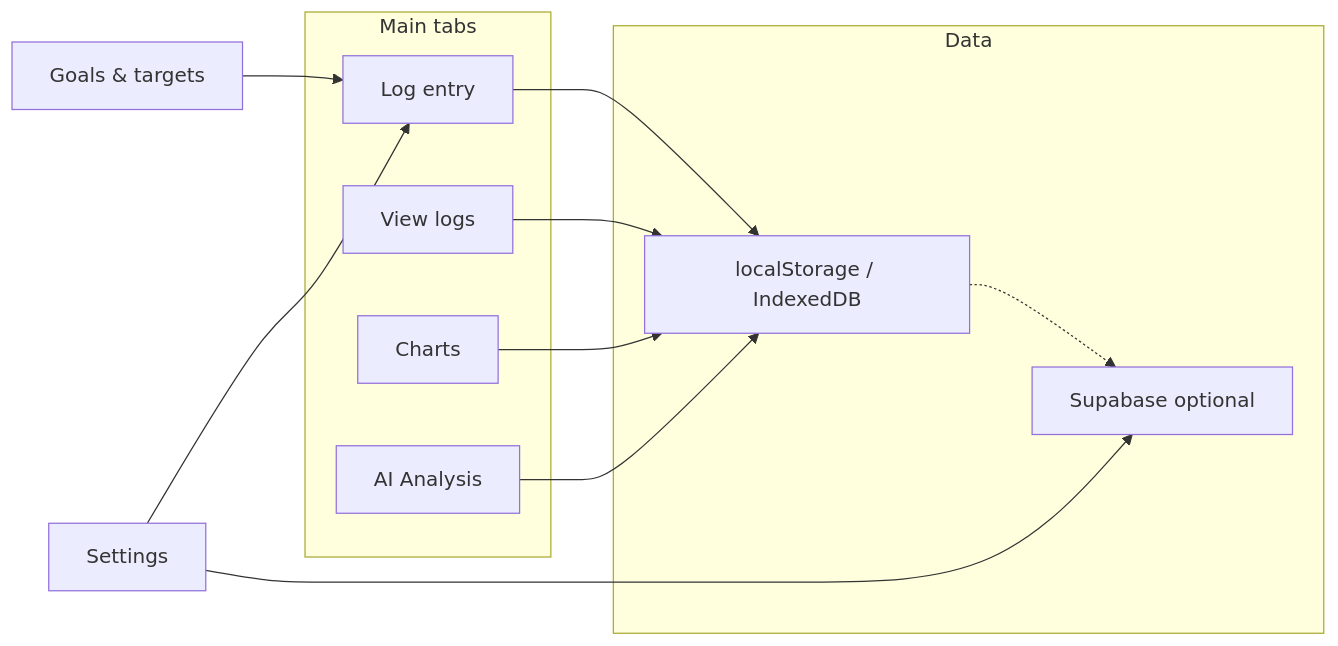
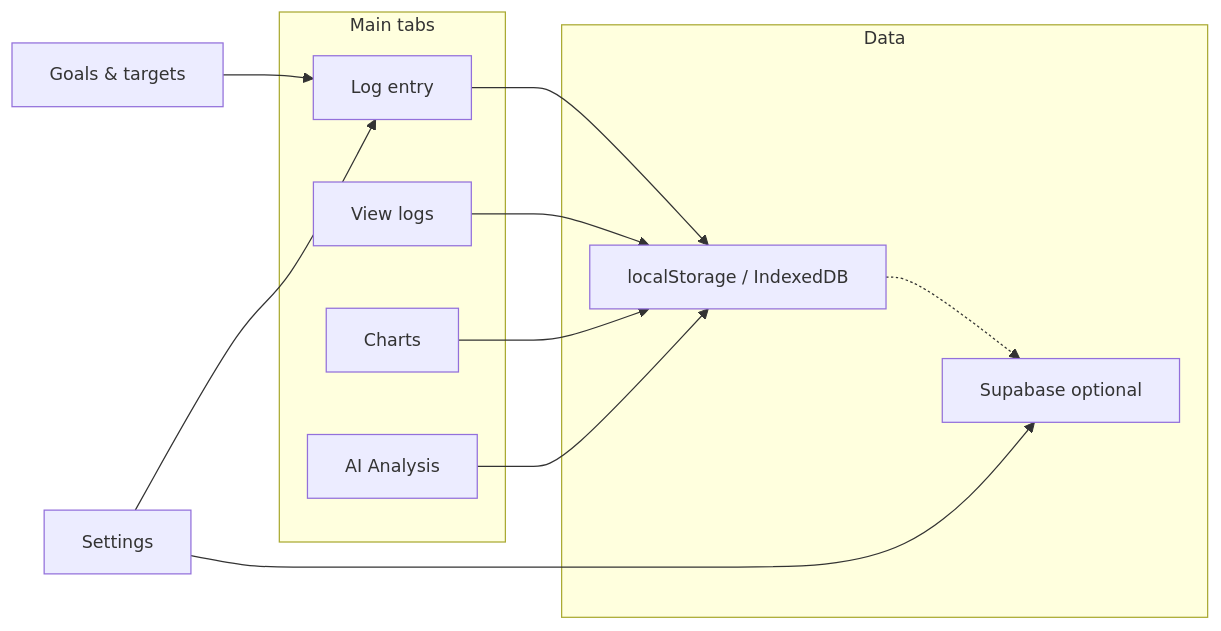
The first of 3 diagrams in README.md (Metaheurist/Rianell), drawn with Mermaid before and after one commit. The commit also changed other lines of this file, not shown here.

````diff
--- a/README.md
+++ b/README.md
@@ -9,21 +9,22 @@
 ```mermaid
+%%{init: {'themeVariables': {'fontSize': '14px'}, 'flowchart': {'useMaxWidth': false, 'nodeSpacing': 50, 'rankSpacing': 45}}}%%
 flowchart LR
   subgraph tabs [Main tabs]
     Log[Log entry]
     View[View logs]
     Charts[Charts]
     AI[AI Analysis]
   end
   subgraph data [Data]
     Local[localStorage / IndexedDB]
     Cloud[Supabase optional]
   end
   Log --> Local
   View --> Local
   Charts --> Local
   AI --> Local
   Local -.-> Cloud
   Goals[Goals & targets] --> Log
   Settings[Settings] --> Log
   Settings --> Cloud
 ```
````
